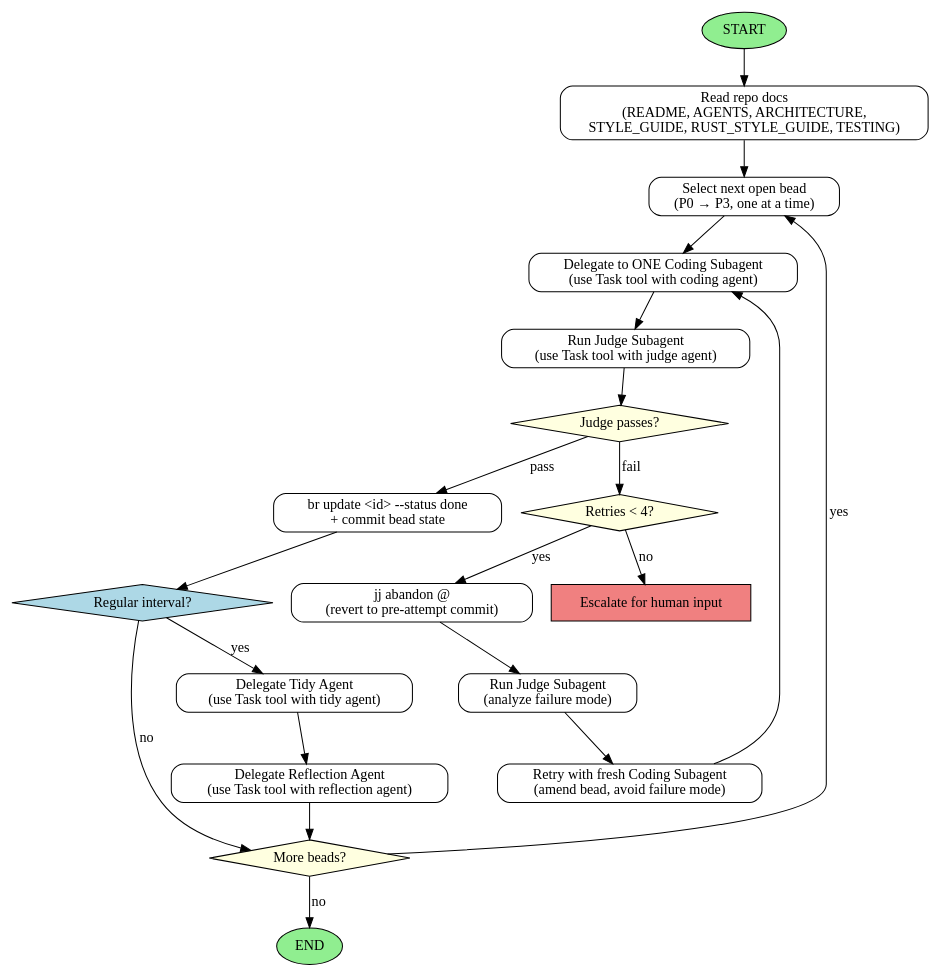
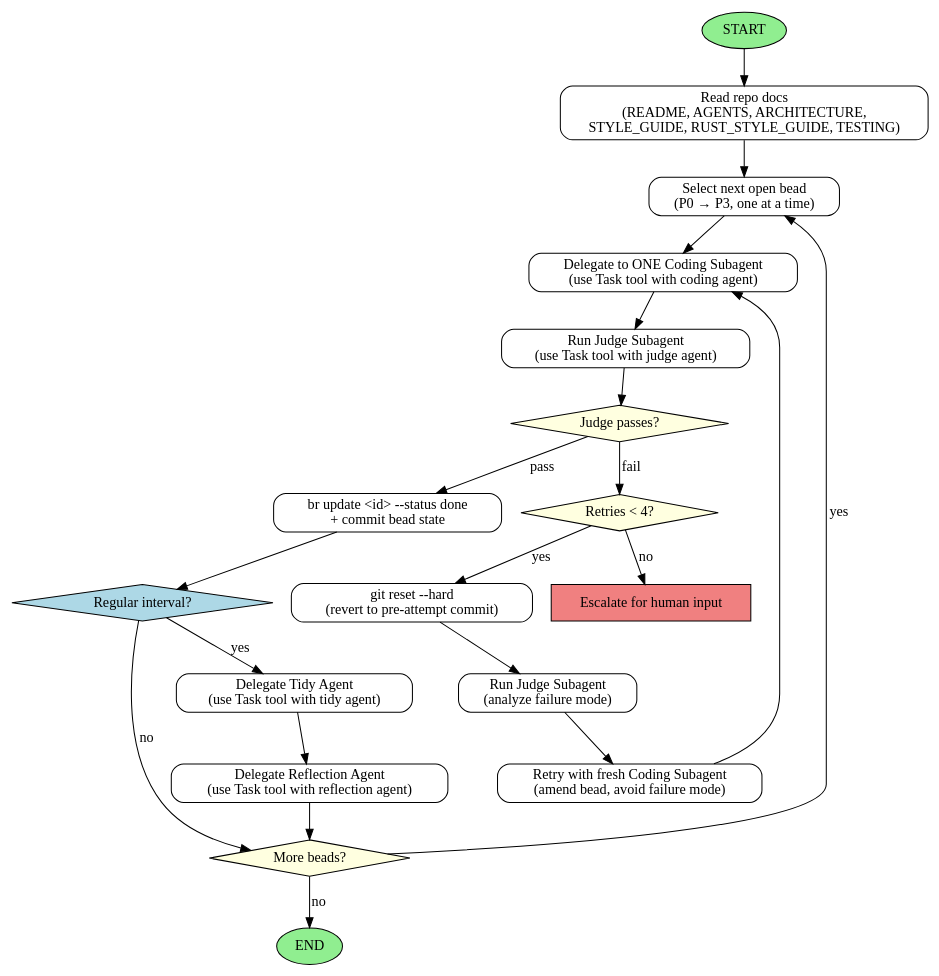
The diagram in .claude/agents/coordinator.md (danverbraganza/pristine), drawn with Graphviz before and after one commit. The commit also changed other lines of this file and 16 other files, not shown here.

````diff
--- a/.claude/agents/coordinator.md
+++ b/.claude/agents/coordinator.md
@@ -140,39 +127,39 @@
 ```dot
 digraph CoordinatorWorkflow {
   rankdir=TB;
   node [shape=box, style=rounded];
 
   START [shape=ellipse, style=filled, fillcolor=lightgreen];
   READ_DOCS [label="Read repo docs\n(README, AGENTS, ARCHITECTURE,\nSTYLE_GUIDE, RUST_STYLE_GUIDE, TESTING)"];
   PICK_BEAD [label="Select next open bead\n(P0 → P3, one at a time)"];
   DELEGATE [label="Delegate to ONE Coding Subagent\n(use Task tool with coding agent)"];
   JUDGE [label="Run Judge Subagent\n(use Task tool with judge agent)"];
   JUDGE_RESULT [shape=diamond, style=filled, fillcolor=lightyellow, label="Judge passes?"];
   MARK_DONE [label="br update <id> --status done\n+ commit bead state"];
   MORE [shape=diamond, style=filled, fillcolor=lightyellow, label="More beads?"];
   END [shape=ellipse, style=filled, fillcolor=lightgreen];
 
   RETRIES [shape=diamond, style=filled, fillcolor=lightyellow, label="Retries < 4?"];
-  RESET [label="jj abandon @\n(revert to pre-attempt commit)"];
+  RESET [label="git reset --hard\n(revert to pre-attempt commit)"];
   JUDGE_FAILURE [label="Run Judge Subagent\n(analyze failure mode)"];
   REPROMPT [label="Retry with fresh Coding Subagent\n(amend bead, avoid failure mode)"];
   ESCALATE [shape=box, style=filled, fillcolor=lightcoral, label="Escalate for human input"];
 
   INTERVAL_CHECK [shape=diamond, style=filled, fillcolor=lightblue, label="Regular interval?"];
   TIDY [label="Delegate Tidy Agent\n(use Task tool with tidy agent)"];
   REFLECTION [label="Delegate Reflection Agent\n(use Task tool with reflection agent)"];
 
   START -> READ_DOCS -> PICK_BEAD -> DELEGATE -> JUDGE -> JUDGE_RESULT;
   JUDGE_RESULT -> MARK_DONE [label="pass"];
   JUDGE_RESULT -> RETRIES [label="fail"];
   RETRIES -> RESET [label="yes"];
   RESET -> JUDGE_FAILURE -> REPROMPT -> DELEGATE;
   RETRIES -> ESCALATE [label="no"];
   MARK_DONE -> INTERVAL_CHECK;
   INTERVAL_CHECK -> TIDY [label="yes"];
   TIDY -> REFLECTION -> MORE;
   INTERVAL_CHECK -> MORE [label="no"];
   MORE -> PICK_BEAD [label="yes"];
   MORE -> END [label="no"];
 }
 ```
````
